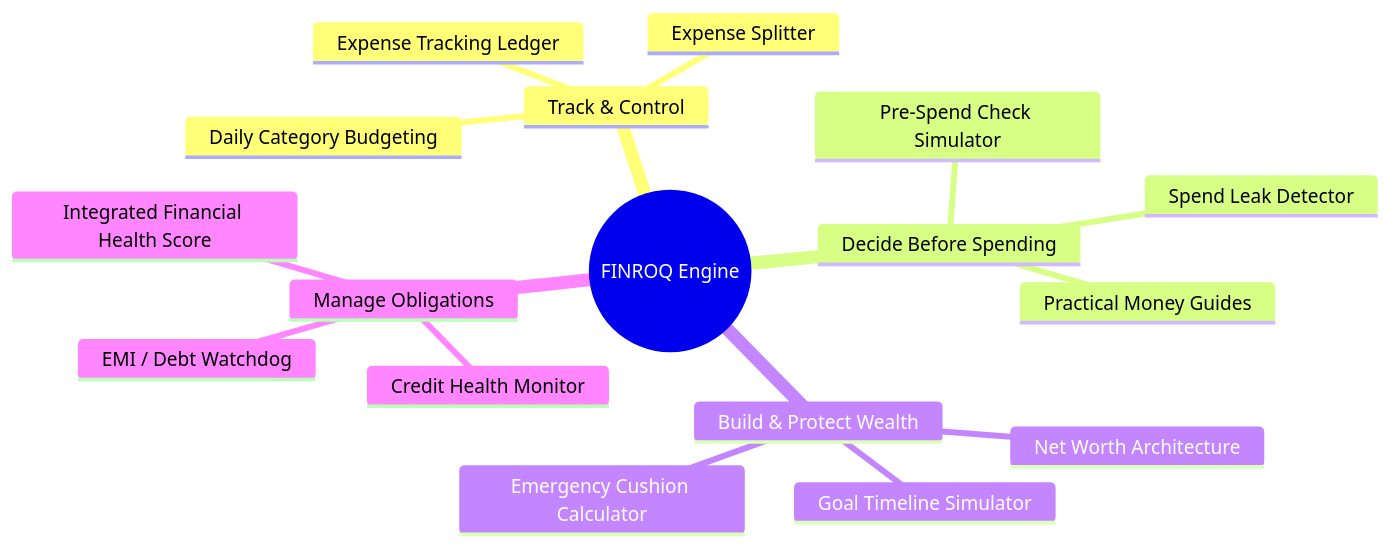
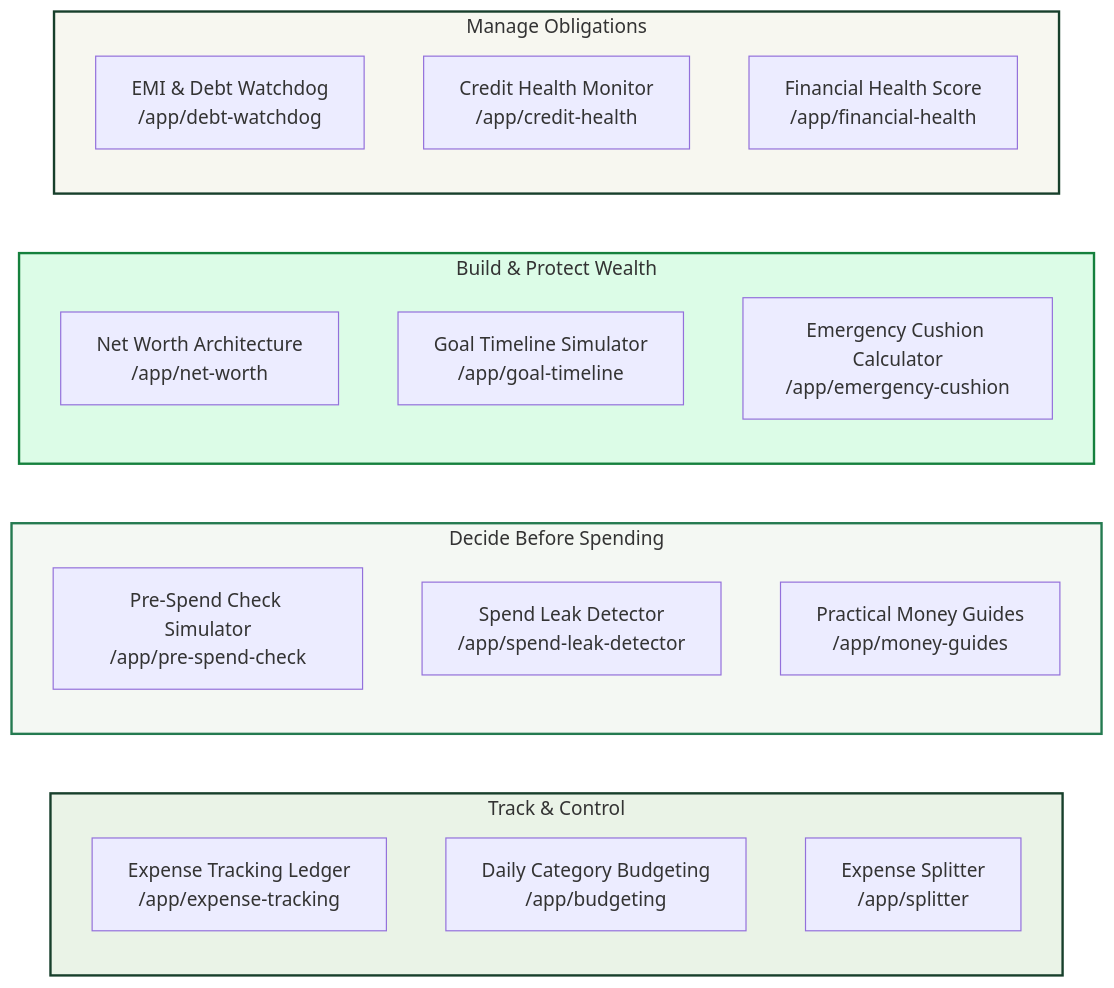
The third of 4 diagrams in README.md (nikhillakra2007-tech/finroq), drawn with Mermaid before and after one commit. The commit also changed other lines of this file and 6 other files, not shown here.

Commit message:
DOCS(ARCHITECTURE): RESOLVE GITHUB MERMAID PARSER SYNTAX, REFRESH PURE APPLICATION SCREENSHOT EXHIBITS, AND STANDARDIZE TELEMETRY SPECIFICATION

````diff
--- a/README.md
+++ b/README.md
@@ -202,20 +202,31 @@
 ```mermaid
-mindmap
-  root((FINROQ Engine))
-    Track & Control
-      Expense Tracking Ledger
-      Daily Category Budgeting
-      Expense Splitter
-    Decide Before Spending
-      Pre-Spend Check Simulator
-      Spend Leak Detector
-      Practical Money Guides
-    Build & Protect Wealth
-      Net Worth Architecture
-      Goal Timeline Simulator
-      Emergency Cushion Calculator
-    Manage Obligations
-      EMI / Debt Watchdog
-      Credit Health Monitor
-      Integrated Financial Health Score
+flowchart LR
+    subgraph CAT1["Track & Control"]
+        M1["Expense Tracking Ledger<br/>/app/expense-tracking"]
+        M2["Daily Category Budgeting<br/>/app/budgeting"]
+        M3["Expense Splitter<br/>/app/splitter"]
+    end
+
+    subgraph CAT2["Decide Before Spending"]
+        M4["Pre-Spend Check Simulator<br/>/app/pre-spend-check"]
+        M5["Spend Leak Detector<br/>/app/spend-leak-detector"]
+        M6["Practical Money Guides<br/>/app/money-guides"]
+    end
+
+    subgraph CAT3["Build & Protect Wealth"]
+        M7["Net Worth Architecture<br/>/app/net-worth"]
+        M8["Goal Timeline Simulator<br/>/app/goal-timeline"]
+        M9["Emergency Cushion Calculator<br/>/app/emergency-cushion"]
+    end
+
+    subgraph CAT4["Manage Obligations"]
+        M10["EMI & Debt Watchdog<br/>/app/debt-watchdog"]
+        M11["Credit Health Monitor<br/>/app/credit-health"]
+        M12["Financial Health Score<br/>/app/financial-health"]
+    end
+
+    style CAT1 fill:#EAF3E7,stroke:#173F2B,stroke-width:2px;
+    style CAT2 fill:#F4F8F3,stroke:#247A50,stroke-width:2px;
+    style CAT3 fill:#DCFCE7,stroke:#15803D,stroke-width:2px;
+    style CAT4 fill:#F7F7F0,stroke:#173F2B,stroke-width:2px;
 ```
````
